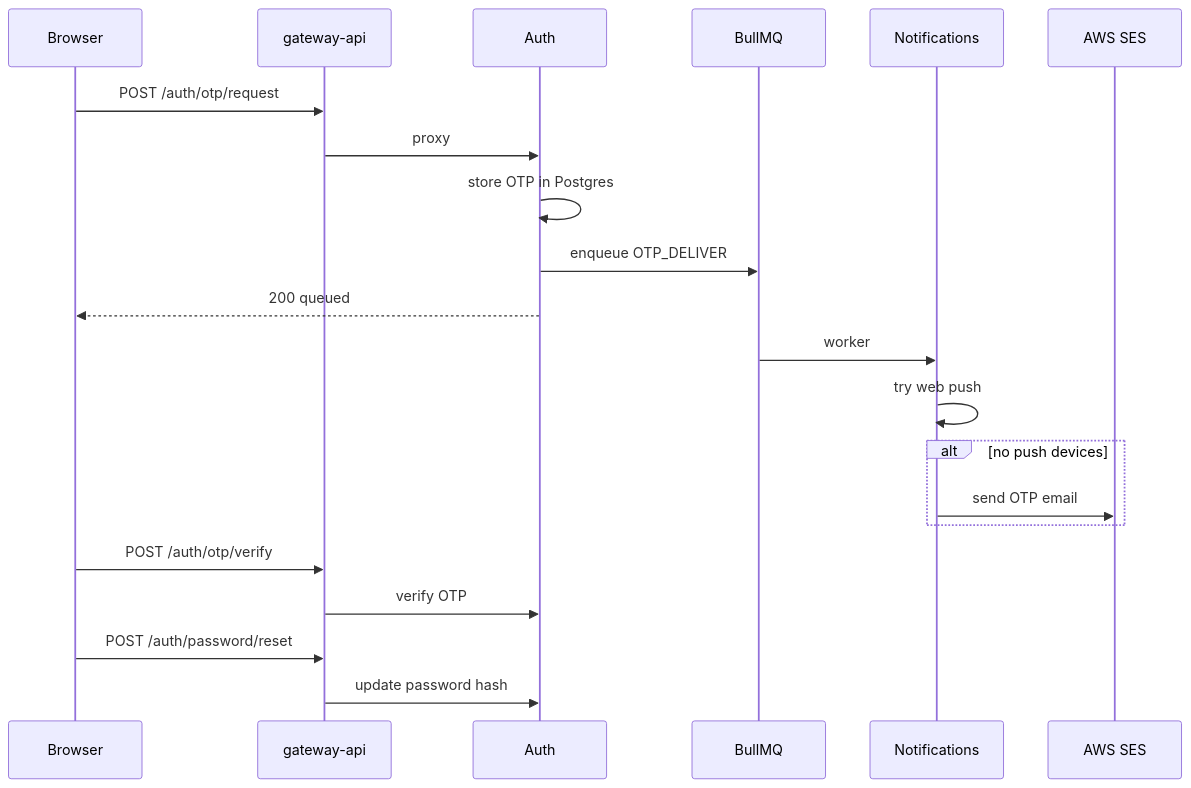
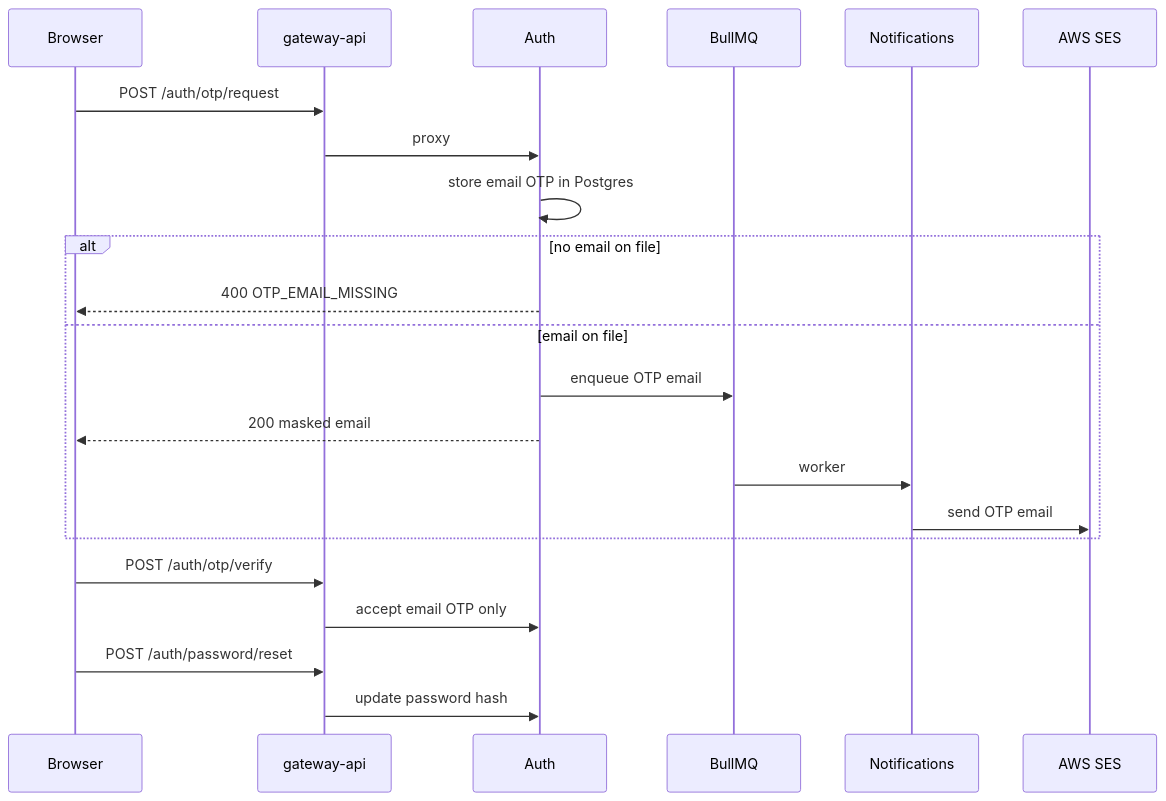
One commit to uniz-rguktong/uniz-master changed the third of 22 diagrams in apps/uniz-docs/system/action-flows.md. Above: the diagram before and after it, drawn with Mermaid. The commit also changed 21 other files, not shown here.

First line of the commit message:
Send password-reset codes by email only.

````diff
--- a/apps/uniz-docs/system/action-flows.md
+++ b/apps/uniz-docs/system/action-flows.md
@@ -53,24 +53,25 @@
 ```mermaid
 sequenceDiagram
   participant B as Browser
   participant GW as gateway-api
   participant A as Auth
   participant Q as BullMQ
   participant N as Notifications
   participant SES as AWS SES
 
   B->>GW: POST /auth/otp/request
   GW->>A: proxy
-  A->>A: store OTP in Postgres
-  A->>Q: enqueue OTP_DELIVER
-  A-->>B: 200 queued
-  Q->>N: worker
-  N->>N: try web push
-  alt no push devices
+  A->>A: store email OTP in Postgres
+  alt no email on file
+    A-->>B: 400 OTP_EMAIL_MISSING
+  else email on file
+    A->>Q: enqueue OTP email
+    A-->>B: 200 masked email
+    Q->>N: worker
     N->>SES: send OTP email
   end
   B->>GW: POST /auth/otp/verify
-  GW->>A: verify OTP
+  GW->>A: accept email OTP only
   B->>GW: POST /auth/password/reset
   GW->>A: update password hash
 ```
````
